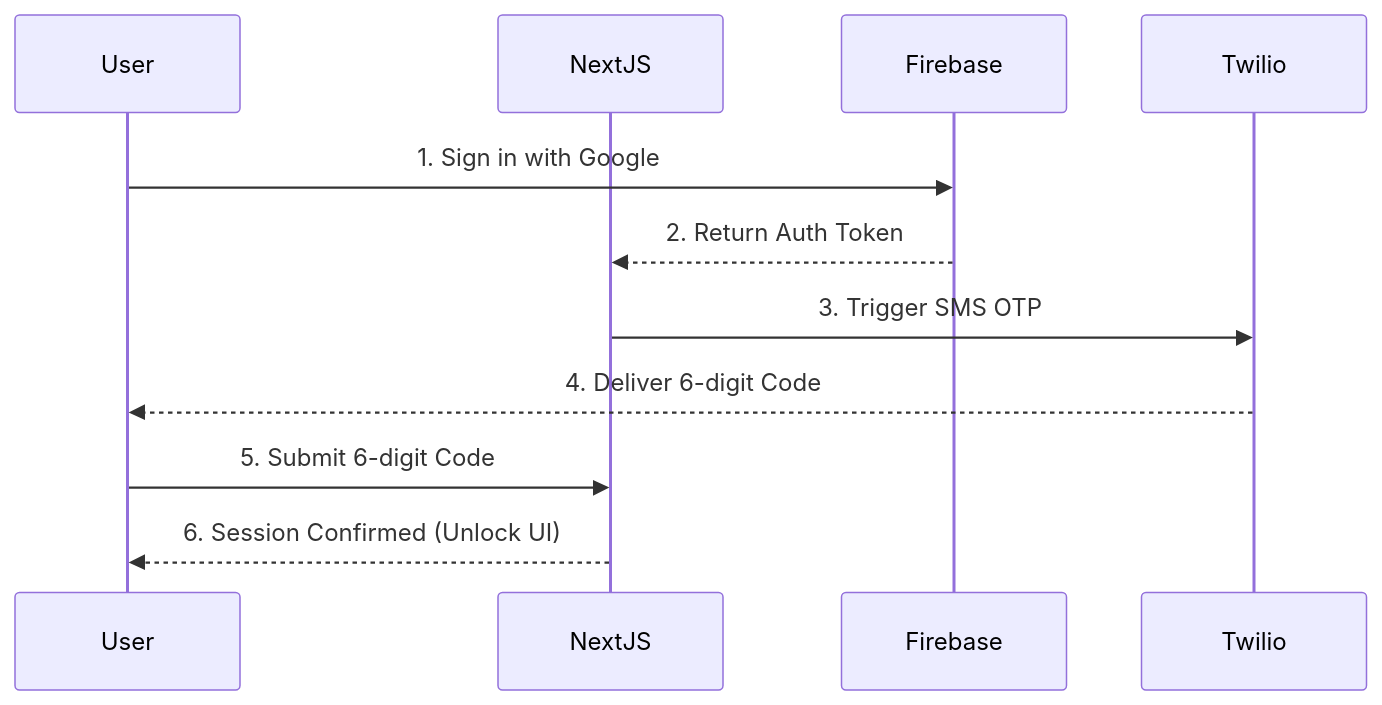
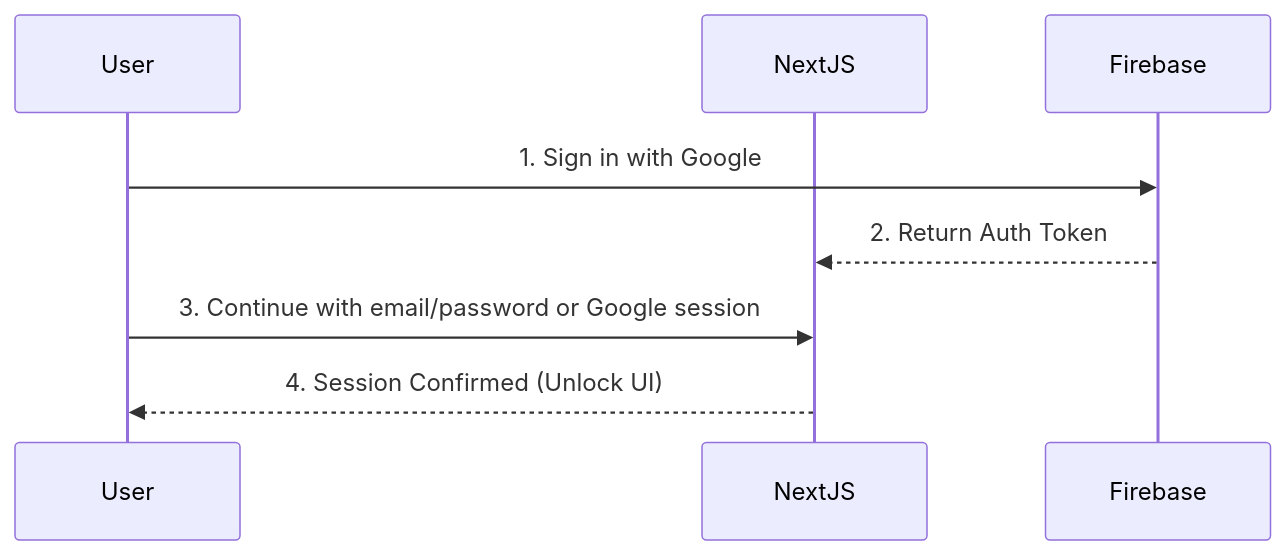
One commit to creatingMYworld/post-quantum-blockchain-phr-security changed the first of 2 diagrams in docs/7_System_Flow.md. Above: the diagram before and after it, drawn with Mermaid. The commit also changed other lines of this file and 41 other files, not shown here.

````diff
--- a/docs/7_System_Flow.md
+++ b/docs/7_System_Flow.md
@@ -5,14 +5,11 @@
 ```mermaid
 sequenceDiagram
     participant User
     participant NextJS
     participant Firebase
-    participant Twilio
     
     User->>Firebase: 1. Sign in with Google
     Firebase-->>NextJS: 2. Return Auth Token
-    NextJS->>Twilio: 3. Trigger SMS OTP
-    Twilio-->>User: 4. Deliver 6-digit Code
-    User->>NextJS: 5. Submit 6-digit Code
-    NextJS-->>User: 6. Session Confirmed (Unlock UI)
+    User->>NextJS: 3. Continue with email/password or Google session
+    NextJS-->>User: 4. Session Confirmed (Unlock UI)
 ```
````
